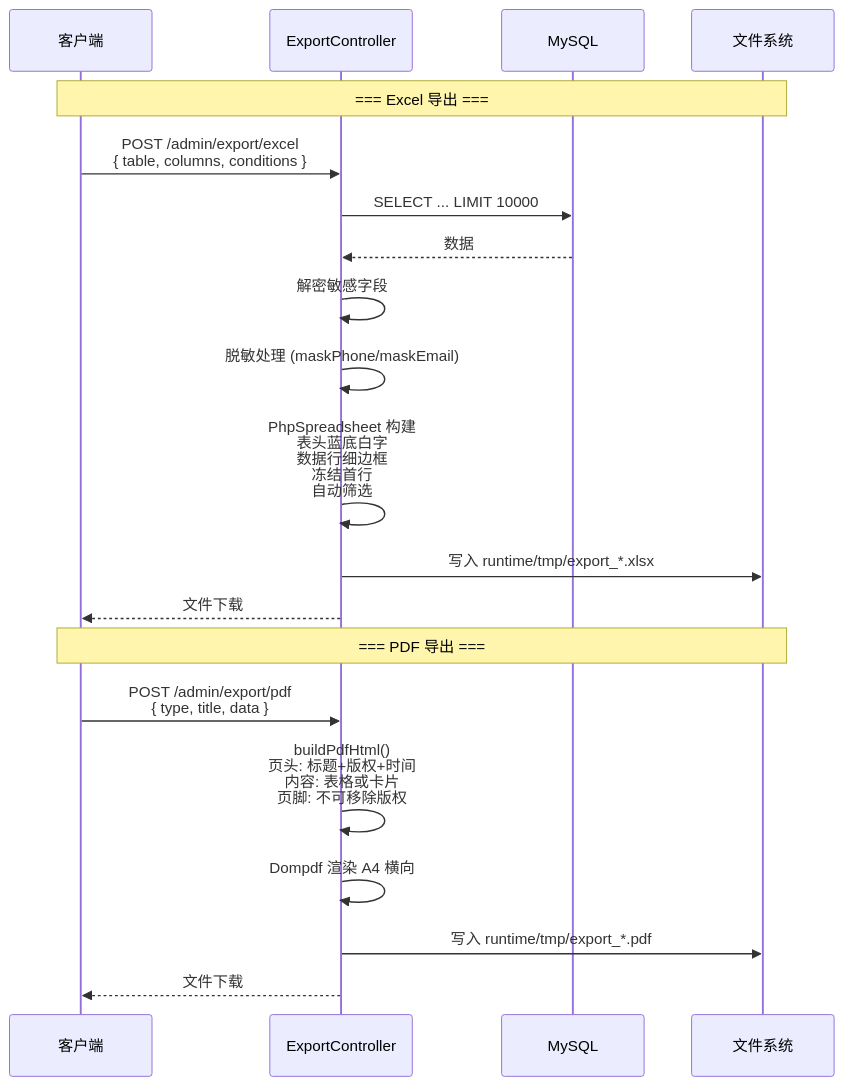
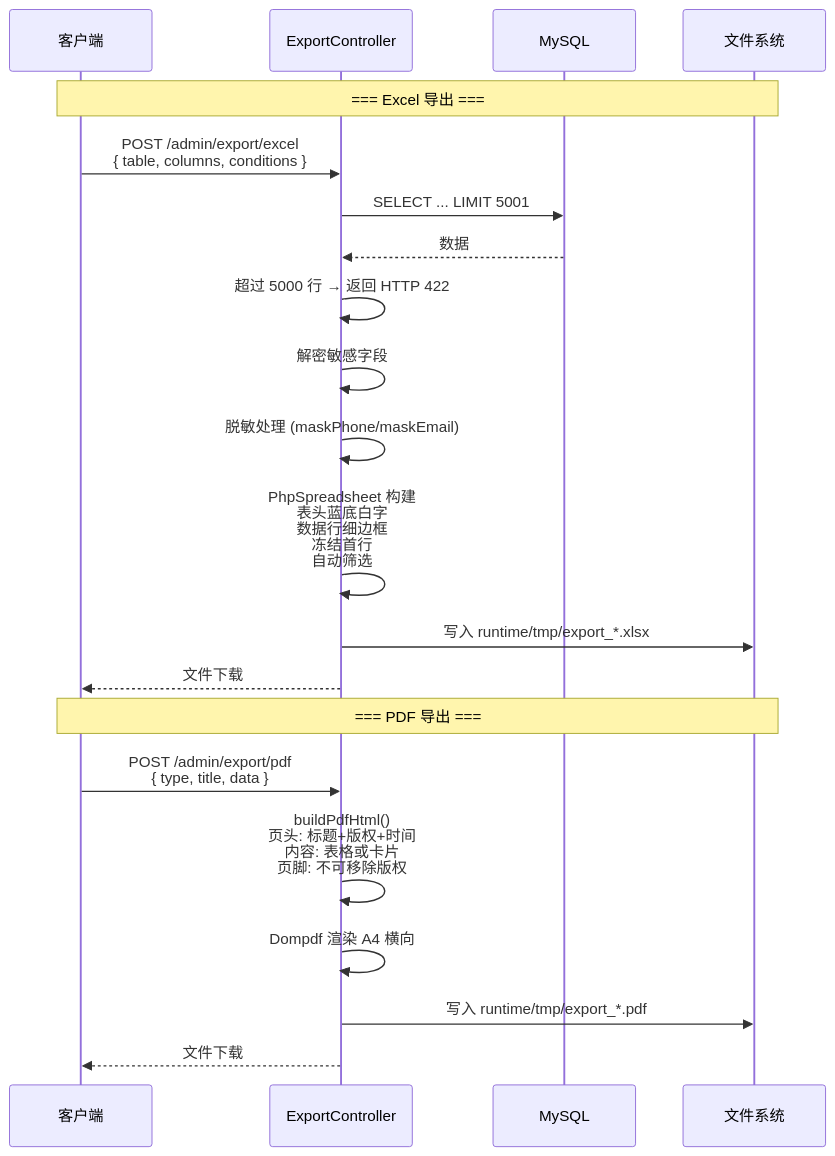
The tenth of 14 diagrams in docs/ARCHITECTURE.md (erikwang2013/open-admin), drawn with Mermaid before and after one commit. The commit also changed other lines of this file and 148 other files, not shown here.

````diff
--- a/docs/ARCHITECTURE.md
+++ b/docs/ARCHITECTURE.md
@@ -507,24 +509,25 @@
 ```mermaid
 sequenceDiagram
     participant C as 客户端
     participant CTL as ExportController
     participant DB as MySQL
     participant FS as 文件系统
 
     Note over C,FS: === Excel 导出 ===
     C->>CTL: POST /admin/export/excel<br/>{ table, columns, conditions }
-    CTL->>DB: SELECT ... LIMIT 10000
+    CTL->>DB: SELECT ... LIMIT 5001
     DB-->>CTL: 数据
+    CTL->>CTL: 超过 5000 行 → 返回 HTTP 422
     CTL->>CTL: 解密敏感字段
     CTL->>CTL: 脱敏处理 (maskPhone/maskEmail)
     CTL->>CTL: PhpSpreadsheet 构建<br/>表头蓝底白字<br/>数据行细边框<br/>冻结首行<br/>自动筛选
     CTL->>FS: 写入 runtime/tmp/export_*.xlsx
     CTL-->>C: 文件下载
 
     Note over C,FS: === PDF 导出 ===
     C->>CTL: POST /admin/export/pdf<br/>{ type, title, data }
     CTL->>CTL: buildPdfHtml()<br/>页头: 标题+版权+时间<br/>内容: 表格或卡片<br/>页脚: 不可移除版权
     CTL->>CTL: Dompdf 渲染 A4 横向
     CTL->>FS: 写入 runtime/tmp/export_*.pdf
     CTL-->>C: 文件下载
 ```
````
